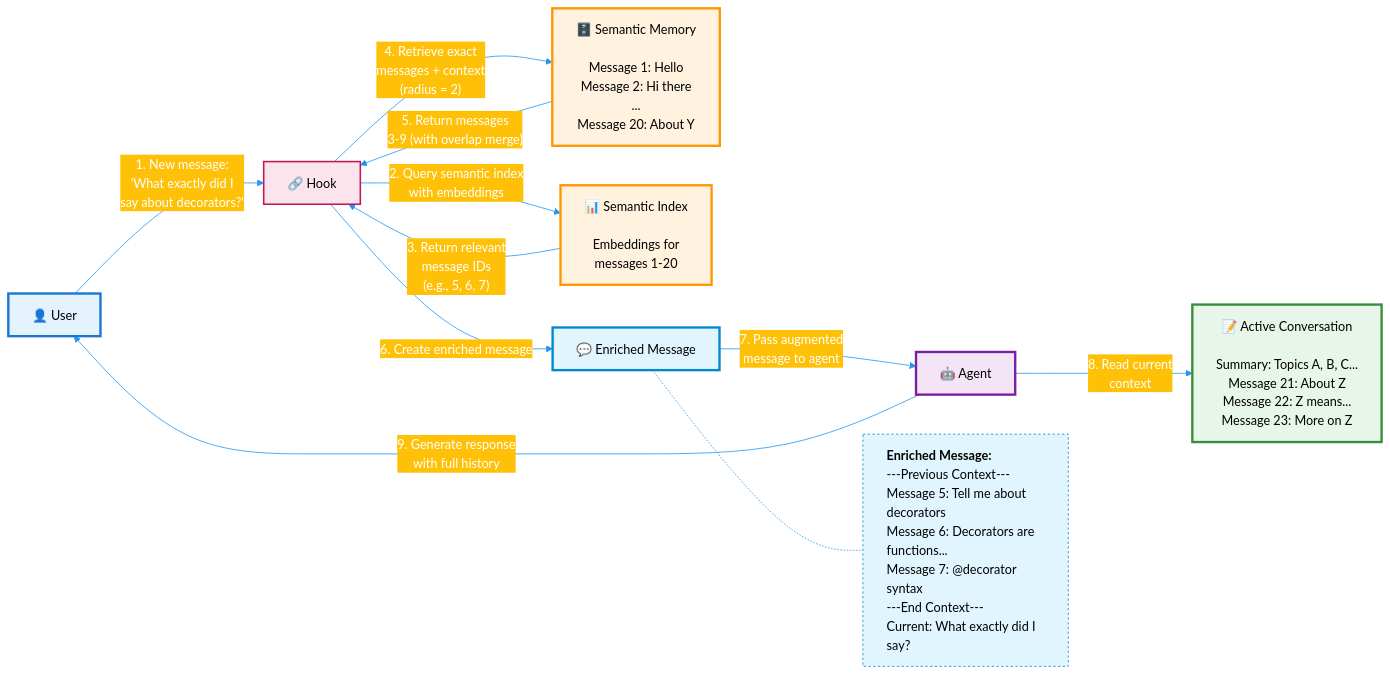
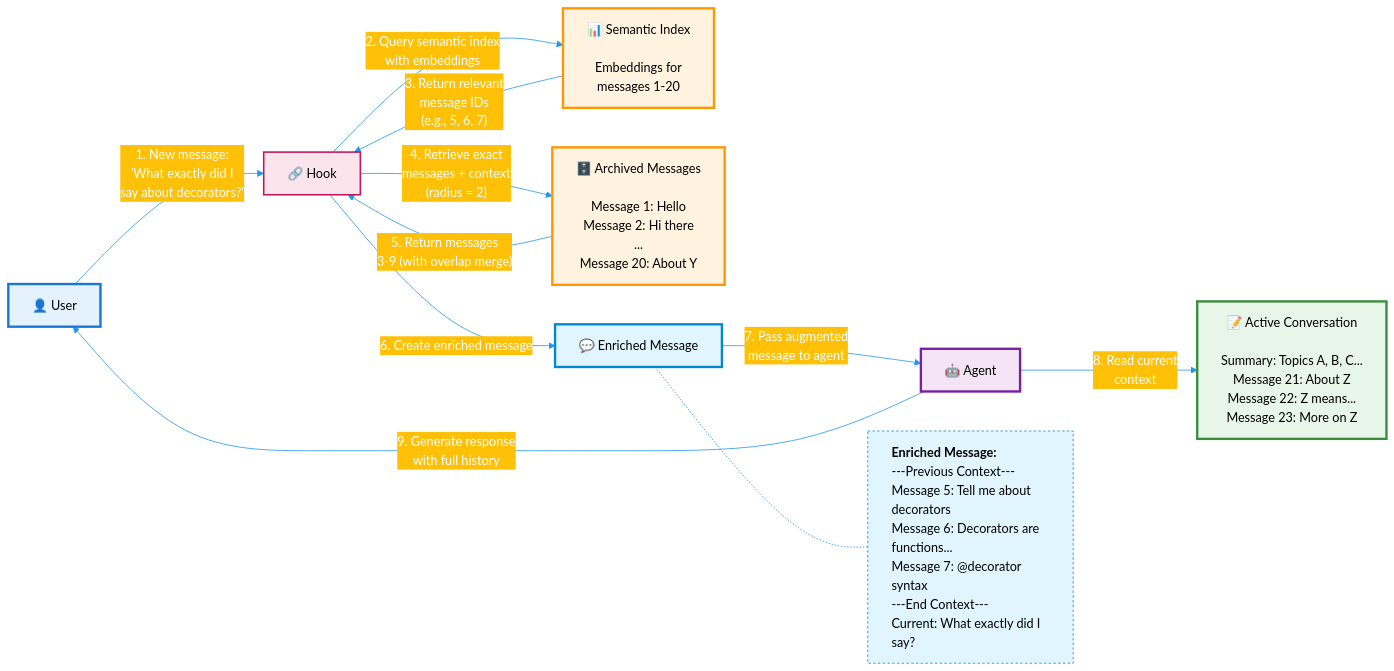
Before and after one commit to danilop/strands-agents-semantic-summarizing-conversation-manager: the second of 5 diagrams in README.md, drawn with Mermaid. The commit also changed other lines of this file, not shown here.

First line of the commit message:
Improve Phase 2 diagram flow and rename to 'Archived Messages'

````diff
--- a/README.md
+++ b/README.md
@@ -167,44 +167,44 @@
 ```mermaid
 %%{init: {"theme": "base", "themeVariables": {"primaryColor": "#4CAF50", "primaryTextColor": "#fff", "primaryBorderColor": "#388E3C", "lineColor": "#2196F3", "secondaryColor": "#FFC107", "tertiaryColor": "#FF5722"}}}%%
 graph LR
     %% Node styles
     classDef userStyle fill:#E3F2FD,stroke:#1976D2,stroke-width:3px,color:#000
     classDef agentStyle fill:#F3E5F5,stroke:#7B1FA2,stroke-width:3px,color:#000
     classDef activeStyle fill:#E8F5E9,stroke:#388E3C,stroke-width:3px,color:#000
     classDef populatedStyle fill:#FFF3E0,stroke:#FF9800,stroke-width:3px,color:#000
     classDef hookStyle fill:#FCE4EC,stroke:#C2185B,stroke-width:2px,color:#000
     classDef enrichedStyle fill:#E1F5FE,stroke:#0288D1,stroke-width:3px,color:#000
 
     %% Nodes
     User[👤 User]
     Hook[🔗 Hook]
     Agent[🤖 Agent]
     ActiveConv[📝 Active Conversation<br/><br/>Summary: Topics A, B, C...<br/>Message 21: About Z<br/>Message 22: Z means...<br/>Message 23: More on Z]
-    SemanticMemory[🗄️ Semantic Memory<br/><br/>Message 1: Hello<br/>Message 2: Hi there<br/>...<br/>Message 20: About Y]
     SemanticIndex[📊 Semantic Index<br/><br/>Embeddings for<br/>messages 1-20]
+    ArchivedMessages[🗄️ Archived Messages<br/><br/>Message 1: Hello<br/>Message 2: Hi there<br/>...<br/>Message 20: About Y]
     EnrichedMsg[💬 Enriched Message]
 
     %% Connections with detailed labels
     User -->|"1. New message:<br/>'What exactly did I<br/>say about decorators?'"| Hook
     Hook -->|"2. Query semantic index<br/>with embeddings"| SemanticIndex
     SemanticIndex -->|"3. Return relevant<br/>message IDs<br/>(e.g., 5, 6, 7)"| Hook
-    Hook -->|"4. Retrieve exact<br/>messages + context<br/>(radius = 2)"| SemanticMemory
-    SemanticMemory -->|"5. Return messages<br/>3-9 (with overlap merge)"| Hook
+    Hook -->|"4. Retrieve exact<br/>messages + context<br/>(radius = 2)"| ArchivedMessages
+    ArchivedMessages -->|"5. Return messages<br/>3-9 (with overlap merge)"| Hook
     Hook -->|"6. Create enriched message"| EnrichedMsg
     EnrichedMsg -->|"7. Pass augmented<br/>message to agent"| Agent
     Agent -->|"8. Read current<br/>context"| ActiveConv
     Agent -->|"9. Generate response<br/>with full history"| User
 
     %% Apply styles
     class User userStyle
     class Agent agentStyle
     class ActiveConv activeStyle
-    class SemanticMemory,SemanticIndex populatedStyle
+    class SemanticIndex,ArchivedMessages populatedStyle
     class Hook hookStyle
     class EnrichedMsg enrichedStyle
 
     %% Enriched message example
     EnrichedMsg -.- ExampleMsg[<b>Enriched Message:</b><br/>---Previous Context---<br/>Message 5: Tell me about decorators<br/>Message 6: Decorators are functions...<br/>Message 7: @decorator syntax<br/>---End Context---<br/>Current: What exactly did I say?]
 
     style ExampleMsg fill:#E1F5FE,stroke:#0288D1,stroke-width:1px,stroke-dasharray:3 3,color:#000,text-align:left
 ```
````
